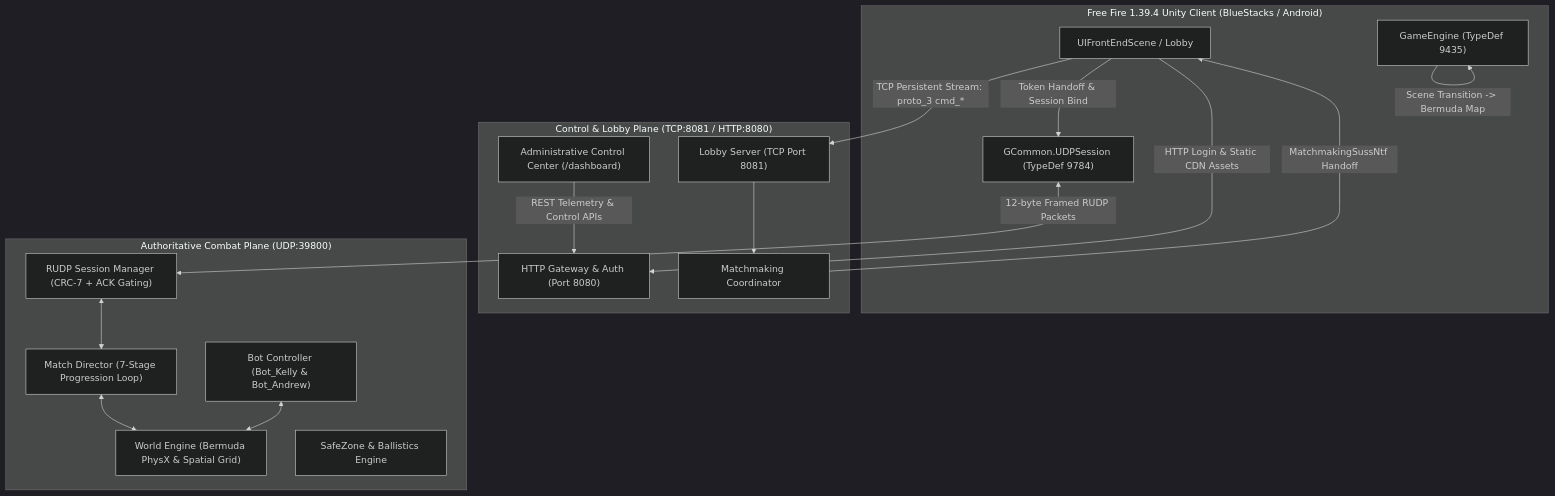
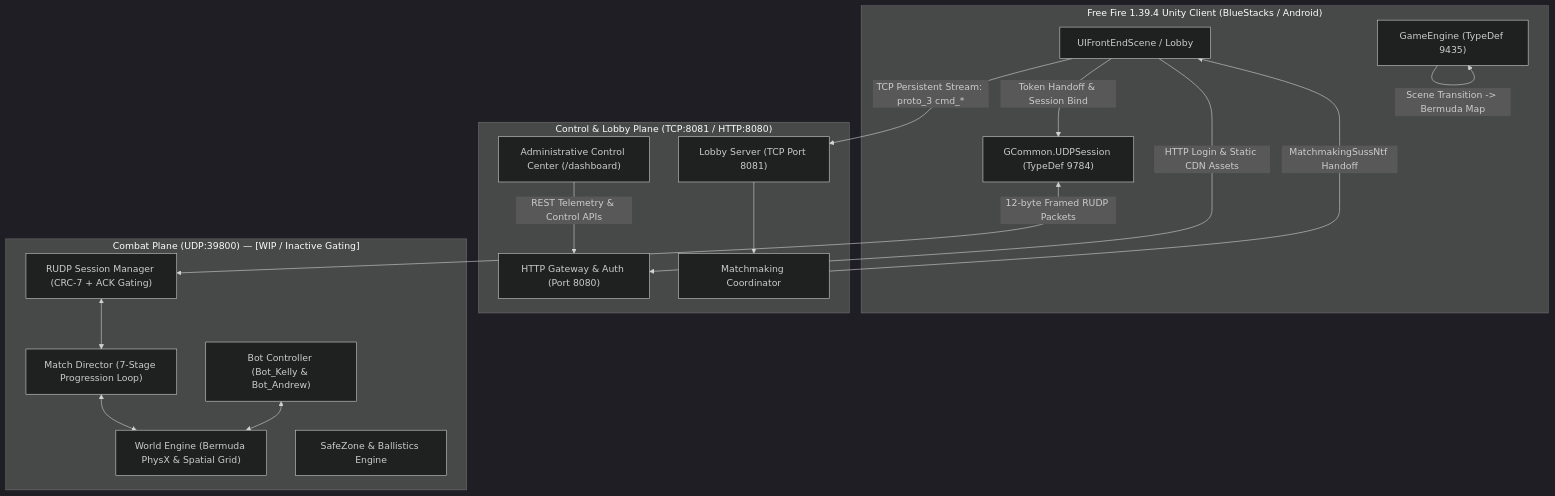
The diagram in README.md (Adi1083/legacy-server), drawn with Mermaid (dark theme) before and after one commit. The commit also changed other lines of this file and 49 other files, not shown here.

Commit message:
chore: scrub legacy placeholders and document UDP combat status

````diff
--- a/README.md
+++ b/README.md
@@ -18,35 +24,35 @@
 ```mermaid
 flowchart TD
     subgraph Client["Free Fire 1.39.4 Unity Client (BlueStacks / Android)"]
         UI["UIFrontEndScene / Lobby"]
         GE["GameEngine (TypeDef 9435)"]
         UDP_CLI["GCommon.UDPSession (TypeDef 9784)"]
     end
 
     subgraph ControlPlane["Control & Lobby Plane (TCP:8081 / HTTP:8080)"]
         AUTH["HTTP Gateway & Auth (Port 8080)"]
         LOBBY["Lobby Server (TCP Port 8081)"]
         MM["Matchmaking Coordinator"]
         ADMIN["Administrative Control Center (/dashboard)"]
     end
 
-    subgraph CombatPlane["Authoritative Combat Plane (UDP:39800)"]
+    subgraph CombatPlane["Combat Plane (UDP:39800) — [WIP / Inactive Gating]"]
         RUDP["RUDP Session Manager (CRC-7 + ACK Gating)"]
         MD["Match Director (7-Stage Progression Loop)"]
         WE["World Engine (Bermuda PhysX & Spatial Grid)"]
         BOTS["Bot Controller (Bot_Kelly & Bot_Andrew)"]
         ZONE["SafeZone & Ballistics Engine"]
     end
 
     UI -->|HTTP Login & Static CDN Assets| AUTH
     UI -->|TCP Persistent Stream: proto_3 cmd_*| LOBBY
     LOBBY --> MM
     MM -->|MatchmakingSussNtf Handoff| UI
     GE -->|Scene Transition -> Bermuda Map| GE
     UI -->|Token Handoff & Session Bind| UDP_CLI
     UDP_CLI <-->|12-byte Framed RUDP Packets| RUDP
     RUDP <--> MD
     MD <--> WE
     BOTS <--> WE
     ADMIN -->|REST Telemetry & Control APIs| AUTH
 ```
````
